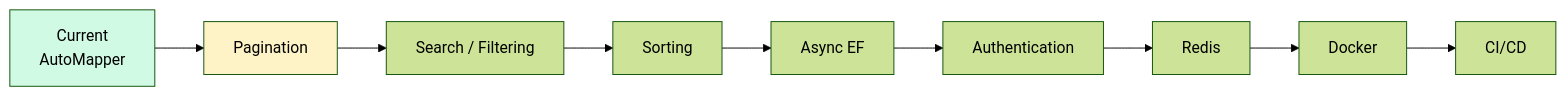
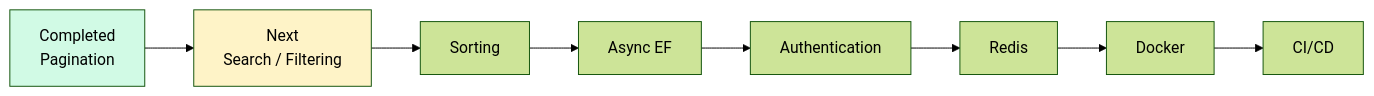
Before and after one commit to lemonwasp/dotnet-study: the fifth of 5 diagrams in README.md, drawn with Mermaid (forest theme). The commit also changed other lines of this file, not shown here.

Commit message:
docs: update README after pagination

````diff
--- a/README.md
+++ b/README.md
@@ -548,15 +378,14 @@
 ```mermaid
 flowchart LR
-    Current["Current<br/>AutoMapper"]
-    --> P["Pagination"]
-    --> Search["Search / Filtering"]
+    Done["Completed<br/>Pagination"]
+    --> Current["Next<br/>Search / Filtering"]
     --> Sort["Sorting"]
     --> Async["Async EF"]
     --> Auth["Authentication"]
     --> Cache["Redis"]
     --> Docker["Docker"]
     --> CI["CI/CD"]
 
-    style Current fill:#d1fae5
-    style P fill:#fef3c7
+    style Done fill:#d1fae5
+    style Current fill:#fef3c7
 ```
````
